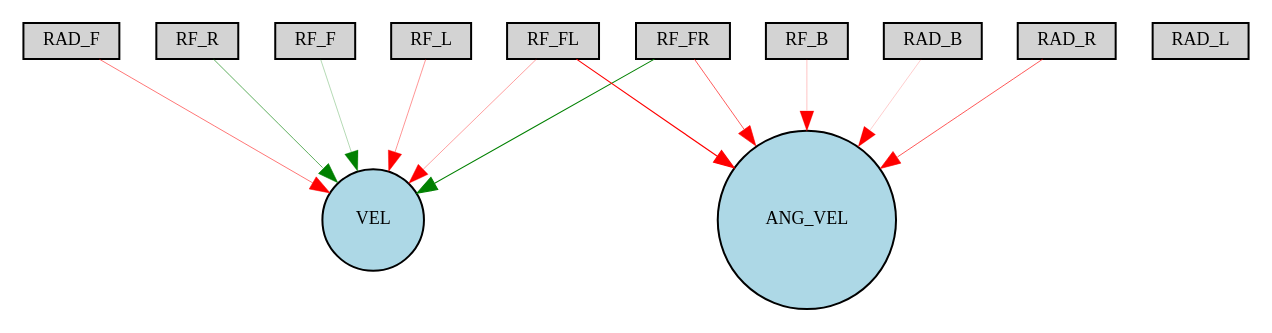
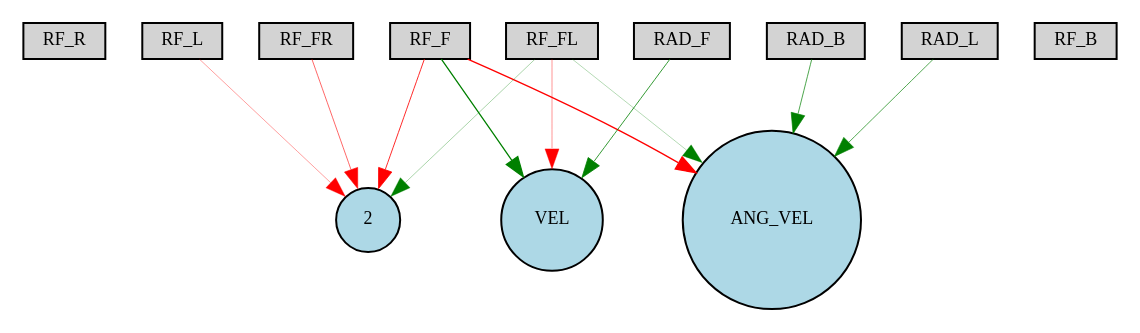
Before and after one commit to Maagero/DES-HyperNEAT-RL: the diagram in maze_experiment_neat/out/maze_objective/medium/Digraph.gv, drawn with Graphviz. The commit also changed 165 other files, not shown here.

```diff
--- a/maze_experiment_neat/out/maze_objective/medium/Digraph.gv
+++ b/maze_experiment_neat/out/maze_objective/medium/Digraph.gv
@@ -1,26 +1,26 @@
 digraph {
 	node [fontsize=9 height=0.2 shape=circle width=0.2]
 	RF_R [fillcolor=lightgray shape=box style=filled]
 	RF_FR [fillcolor=lightgray shape=box style=filled]
 	RF_F [fillcolor=lightgray shape=box style=filled]
 	RF_FL [fillcolor=lightgray shape=box style=filled]
 	RF_L [fillcolor=lightgray shape=box style=filled]
 	RF_B [fillcolor=lightgray shape=box style=filled]
 	RAD_F [fillcolor=lightgray shape=box style=filled]
 	RAD_L [fillcolor=lightgray shape=box style=filled]
 	RAD_B [fillcolor=lightgray shape=box style=filled]
-	RAD_R [fillcolor=lightgray shape=box style=filled]
 	ANG_VEL [fillcolor=lightblue style=filled]
 	VEL [fillcolor=lightblue style=filled]
-	RF_FL -> VEL [color=red penwidth=0.1917568059168202 style=solid]
-	RF_B -> ANG_VEL [color=red penwidth=0.1239073226743379 style=solid]
-	RF_FR -> VEL [color=green penwidth=0.5183607889380303 style=solid]
-	RAD_B -> ANG_VEL [color=red penwidth=0.10247275068871556 style=solid]
-	RF_F -> VEL [color=green penwidth=0.1474750782920653 style=solid]
-	RF_FL -> ANG_VEL [color=red penwidth=0.5871084852079045 style=solid]
-	RAD_R -> ANG_VEL [color=red penwidth=0.32504336147075796 style=solid]
-	RF_FR -> ANG_VEL [color=red penwidth=0.32472511980843066 style=solid]
-	RF_L -> VEL [color=red penwidth=0.2119528400318495 style=solid]
-	RF_R -> VEL [color=green penwidth=0.3195487245460197 style=solid]
-	RAD_F -> VEL [color=red penwidth=0.26846158406480214 style=solid]
+	2 [fillcolor=lightblue style=filled]
+	RF_FR -> 2 [color=red penwidth=0.2977936080351994 style=solid]
+	RF_F -> VEL [color=green penwidth=0.6255750915608408 style=solid]
+	RF_F -> 2 [color=red penwidth=0.42252381930036265 style=solid]
+	RF_L -> 2 [color=red penwidth=0.1932332951787731 style=solid]
+	RAD_F -> VEL [color=green penwidth=0.3997718774125305 style=solid]
+	RF_FL -> 2 [color=green penwidth=0.17318174972108275 style=solid]
+	RAD_B -> ANG_VEL [color=green penwidth=0.3527968836405233 style=solid]
+	RF_FL -> ANG_VEL [color=green penwidth=0.15449794507430936 style=solid]
+	RF_FL -> VEL [color=red penwidth=0.21474272513107462 style=solid]
+	RF_F -> ANG_VEL [color=red penwidth=0.6695155781558594 style=solid]
+	RAD_L -> ANG_VEL [color=green penwidth=0.34264899443497276 style=solid]
 }
```
